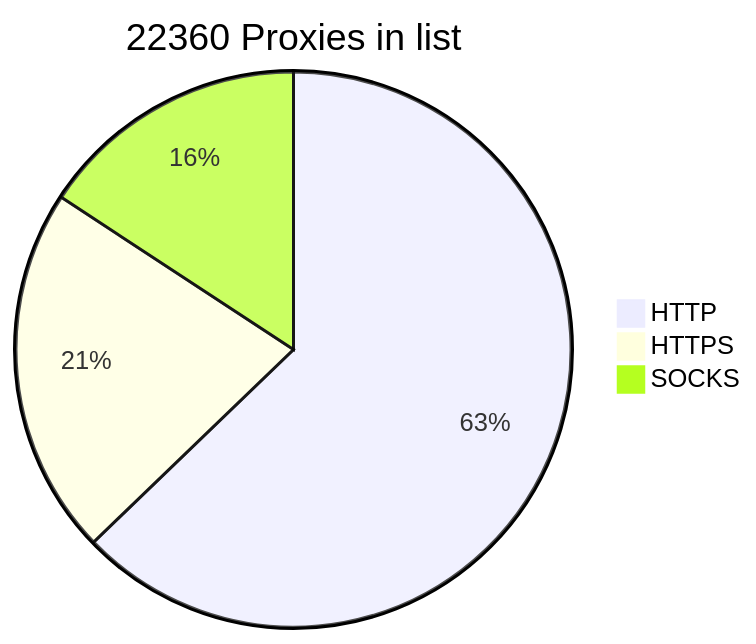
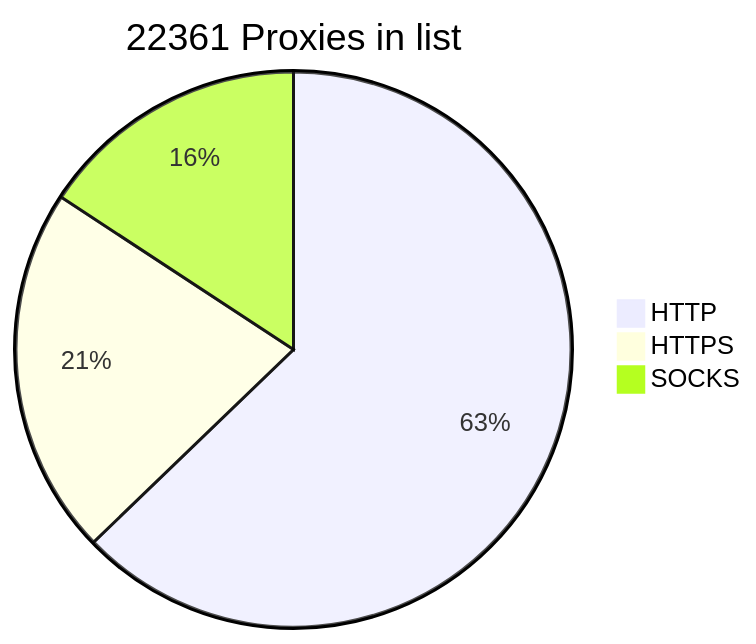
Before and after one commit to BlackSnowDot/proxylist-update-every-minute: the diagram in README.md, drawn with Mermaid.

````diff
--- a/README.md
+++ b/README.md
@@ -2,6 +2,6 @@
 ```mermaid
-pie title 22360 Proxies in list
-    "HTTP" : 16108
-    "HTTPS": 5500
+pie title 22361 Proxies in list
+    "HTTP" : 16112
+    "HTTPS": 5503
     "SOCKS" : 4044
 ```
````
